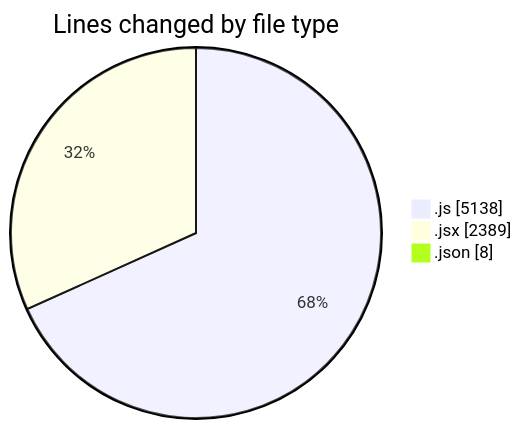
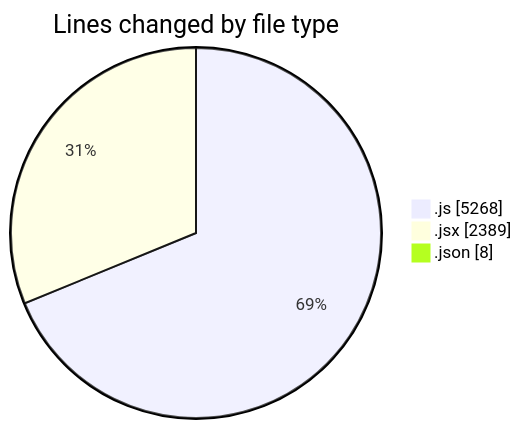
Before and after one commit to nxtqubesakshisongat/code-tracking: the first of 2 diagrams in 2025-07-23/nxtqube_webapp/README.md, drawn with Mermaid. The commit also changed other lines of this file and 1 other file, not shown here.

````diff
--- a/2025-07-23/nxtqube_webapp/README.md
+++ b/2025-07-23/nxtqube_webapp/README.md
@@ -50,7 +52,7 @@
 ```mermaid
 pie showData
 title Lines changed by file type
-".js" : 5138
+".js" : 5268
 ".jsx" : 2389
 ".json" : 8
 ```
````
